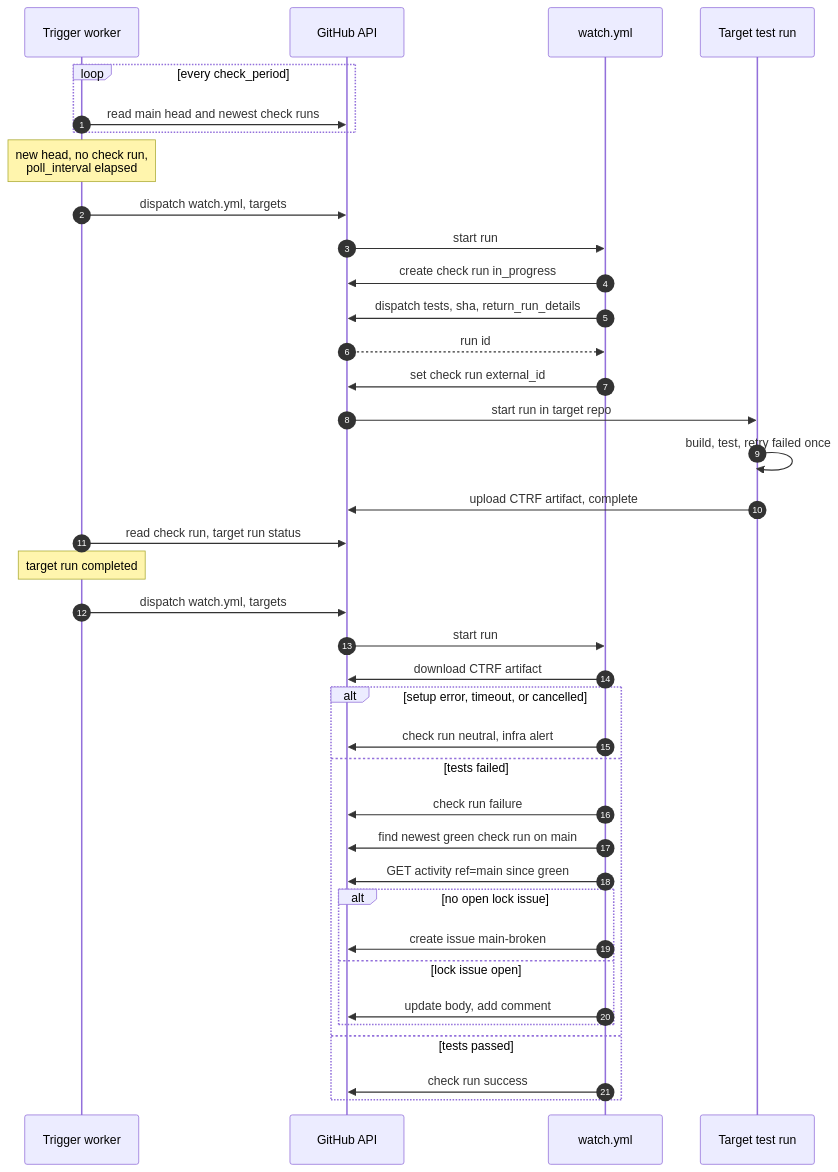
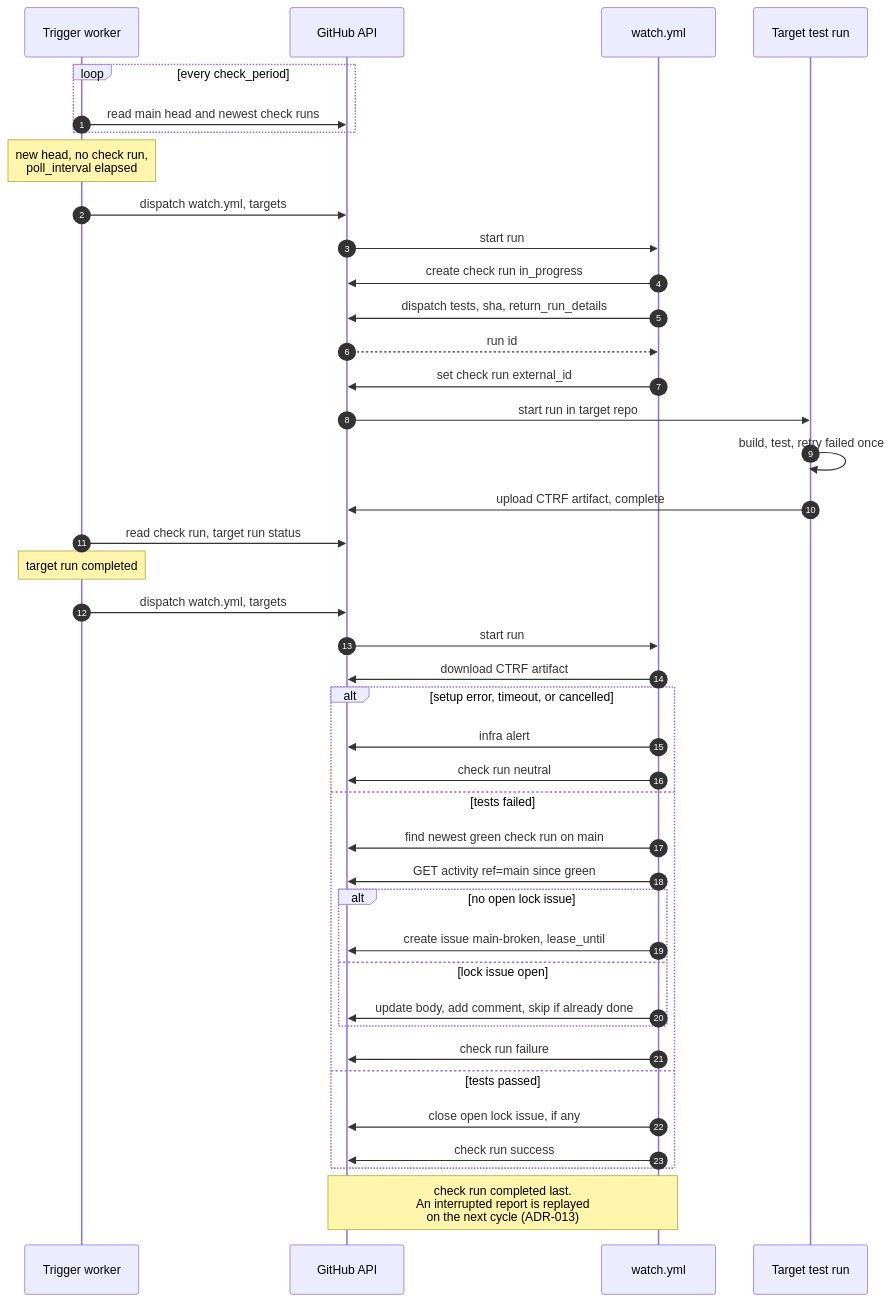
Before and after one commit to main-watcher-sandbox/main-watcher: the third of 6 diagrams in docs/architecture/architecture.md, drawn with Mermaid. The commit also changed other lines of this file and 10 other files, not shown here.

First line of the commit message:
Address adversarial review findings in architecture docs

````diff
--- a/docs/architecture/architecture.md
+++ b/docs/architecture/architecture.md
@@ -237,42 +243,45 @@
 ```mermaid
 %% name: seq-failure-to-lock
 sequenceDiagram
     autonumber
     participant W as Trigger worker
     participant GH as GitHub API
     participant WA as watch.yml
     participant T as Target test run
 
     loop every check_period
         W->>GH: read main head and newest check runs
     end
     Note over W: new head, no check run,<br/>poll_interval elapsed
     W->>GH: dispatch watch.yml, targets
     GH->>WA: start run
     WA->>GH: create check run in_progress
     WA->>GH: dispatch tests, sha, return_run_details
     GH-->>WA: run id
     WA->>GH: set check run external_id
     GH->>T: start run in target repo
     T->>T: build, test, retry failed once
     T->>GH: upload CTRF artifact, complete
     W->>GH: read check run, target run status
     Note over W: target run completed
     W->>GH: dispatch watch.yml, targets
     GH->>WA: start run
     WA->>GH: download CTRF artifact
     alt setup error, timeout, or cancelled
-        WA->>GH: check run neutral, infra alert
+        WA->>GH: infra alert
+        WA->>GH: check run neutral
     else tests failed
-        WA->>GH: check run failure
         WA->>GH: find newest green check run on main
         WA->>GH: GET activity ref=main since green
         alt no open lock issue
-            WA->>GH: create issue main-broken
+            WA->>GH: create issue main-broken, lease_until
         else lock issue open
-            WA->>GH: update body, add comment
+            WA->>GH: update body, add comment, skip if already done
         end
+        WA->>GH: check run failure
     else tests passed
+        WA->>GH: close open lock issue, if any
         WA->>GH: check run success
     end
+    Note over WA,GH: check run completed last.<br/>An interrupted report is replayed<br/>on the next cycle (ADR-013)
 ```
````
